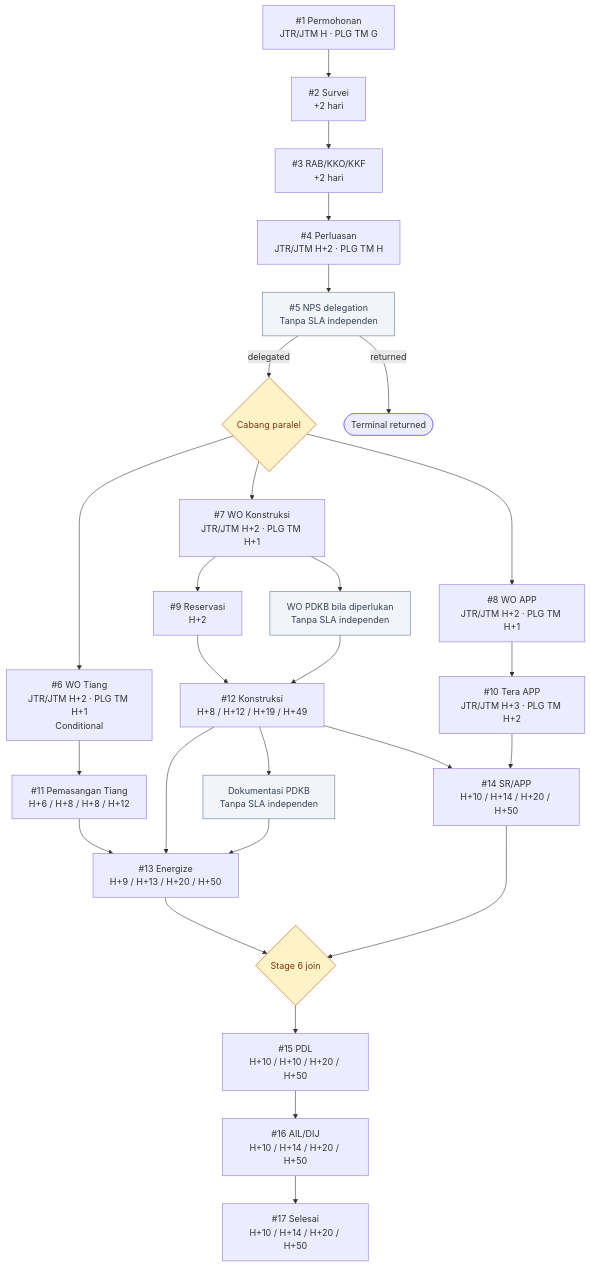
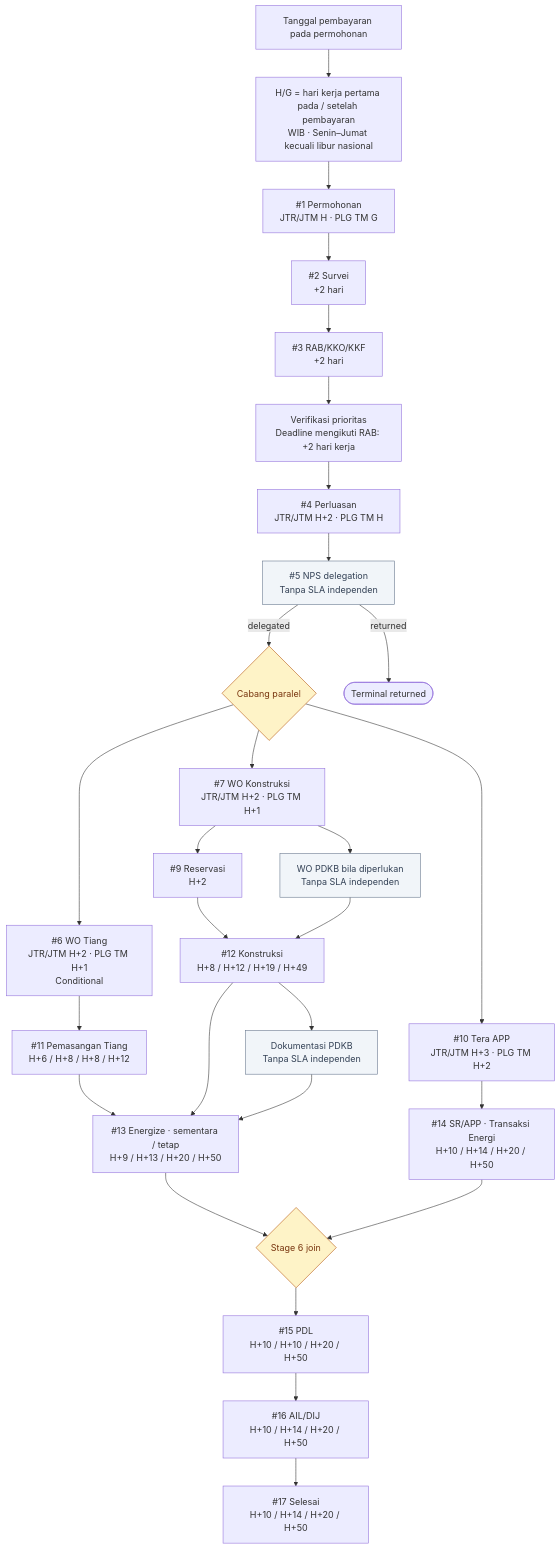
Before and after one commit to pln-colabora/colabora-be: the diagram in docs/architecture/diagrams/10-sla-critical-path.md, drawn with Mermaid. The commit also changed other lines of this file and 12 other files, not shown here.

Commit message:
docs: synchronize architecture flowcharts with current workflow

````diff
--- a/docs/architecture/diagrams/10-sla-critical-path.md
+++ b/docs/architecture/diagrams/10-sla-critical-path.md
@@ -9,29 +11,28 @@
 ```mermaid
 flowchart TB
-  start["#1 Permohonan<br/>JTR/JTM H · PLG TM G"] --> planning["#2 Survei<br/>+2 hari"] --> rab["#3 RAB/KKO/KKF<br/>+2 hari"] --> expansion["#4 Perluasan<br/>JTR/JTM H+2 · PLG TM H"]
+  payment["Tanggal pembayaran pada permohonan"] --> normalize["H/G = hari kerja pertama pada / setelah pembayaran<br/>WIB · Senin–Jumat kecuali libur nasional"]
+  normalize --> start["#1 Permohonan<br/>JTR/JTM H · PLG TM G"] --> planning["#2 Survei<br/>+2 hari"] --> rab["#3 RAB/KKO/KKF<br/>+2 hari"] --> priority["Verifikasi prioritas<br/>Deadline mengikuti RAB: +2 hari kerja"] --> expansion["#4 Perluasan<br/>JTR/JTM H+2 · PLG TM H"]
   expansion --> decision["#5 NPS delegation<br/>Tanpa SLA independen"]
 
   decision -->|delegated| parallel_start{"Cabang paralel"}
   decision -->|returned| returned(["Terminal returned"])
   parallel_start --> pole["#6 WO Tiang<br/>JTR/JTM H+2 · PLG TM H+1<br/>Conditional"]
   parallel_start --> construction_wo["#7 WO Konstruksi<br/>JTR/JTM H+2 · PLG TM H+1"]
-  parallel_start --> app["#8 WO APP<br/>JTR/JTM H+2 · PLG TM H+1"]
-  app --> tera["#10 Tera APP<br/>JTR/JTM H+3 · PLG TM H+2"]
+  parallel_start --> tera["#10 Tera APP<br/>JTR/JTM H+3 · PLG TM H+2"]
   pole --> install_pole["#11 Pemasangan Tiang<br/>H+6 / H+8 / H+8 / H+12"]
   construction_wo --> reserve["#9 Reservasi<br/>H+2"] --> construction["#12 Konstruksi<br/>H+8 / H+12 / H+19 / H+49"]
   construction_wo --> support["WO PDKB bila diperlukan<br/>Tanpa SLA independen"] --> construction
   construction --> pdkb["Dokumentasi PDKB<br/>Tanpa SLA independen"]
-  install_pole --> energize["#13 Energize<br/>H+9 / H+13 / H+20 / H+50"]
+  install_pole --> energize["#13 Energize · sementara / tetap<br/>H+9 / H+13 / H+20 / H+50"]
   construction --> energize
   pdkb --> energize
-  construction --> srapp["#14 SR/APP<br/>H+10 / H+14 / H+20 / H+50"]
-  tera --> srapp
+  tera --> srapp["#14 SR/APP · Transaksi Energi<br/>H+10 / H+14 / H+20 / H+50"]
   energize --> join{"Stage 6 join"}
   srapp --> join
   join --> pdl["#15 PDL<br/>H+10 / H+10 / H+20 / H+50"] --> ail["#16 AIL/DIJ<br/>H+10 / H+14 / H+20 / H+50"] --> done["#17 Selesai<br/>H+10 / H+14 / H+20 / H+50"]
 
   classDef noSla fill:#f1f5f9,stroke:#64748b,color:#334155
   classDef join fill:#fef3c7,stroke:#b45309,color:#78350f
   class decision,support,pdkb noSla
   class parallel_start,join join
 ```
````
